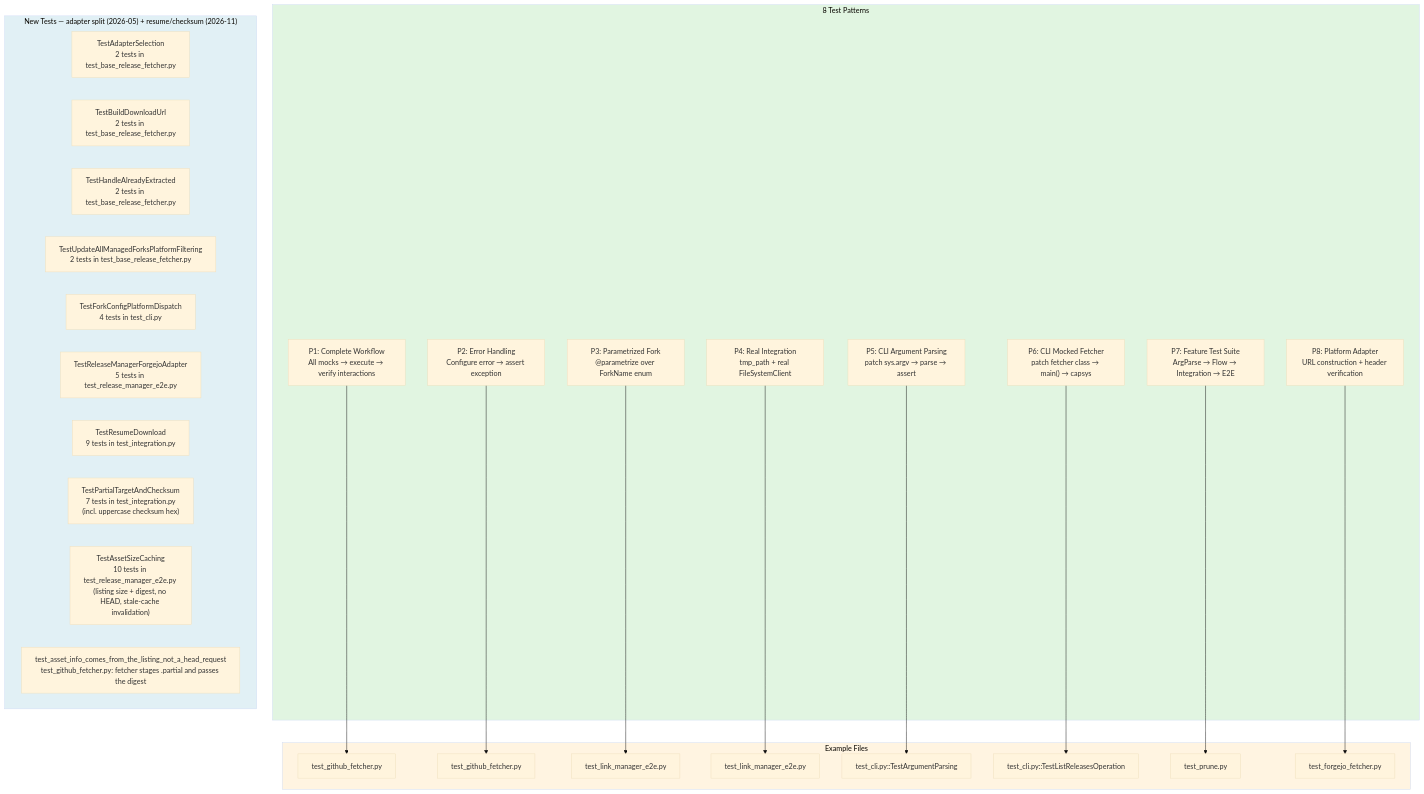
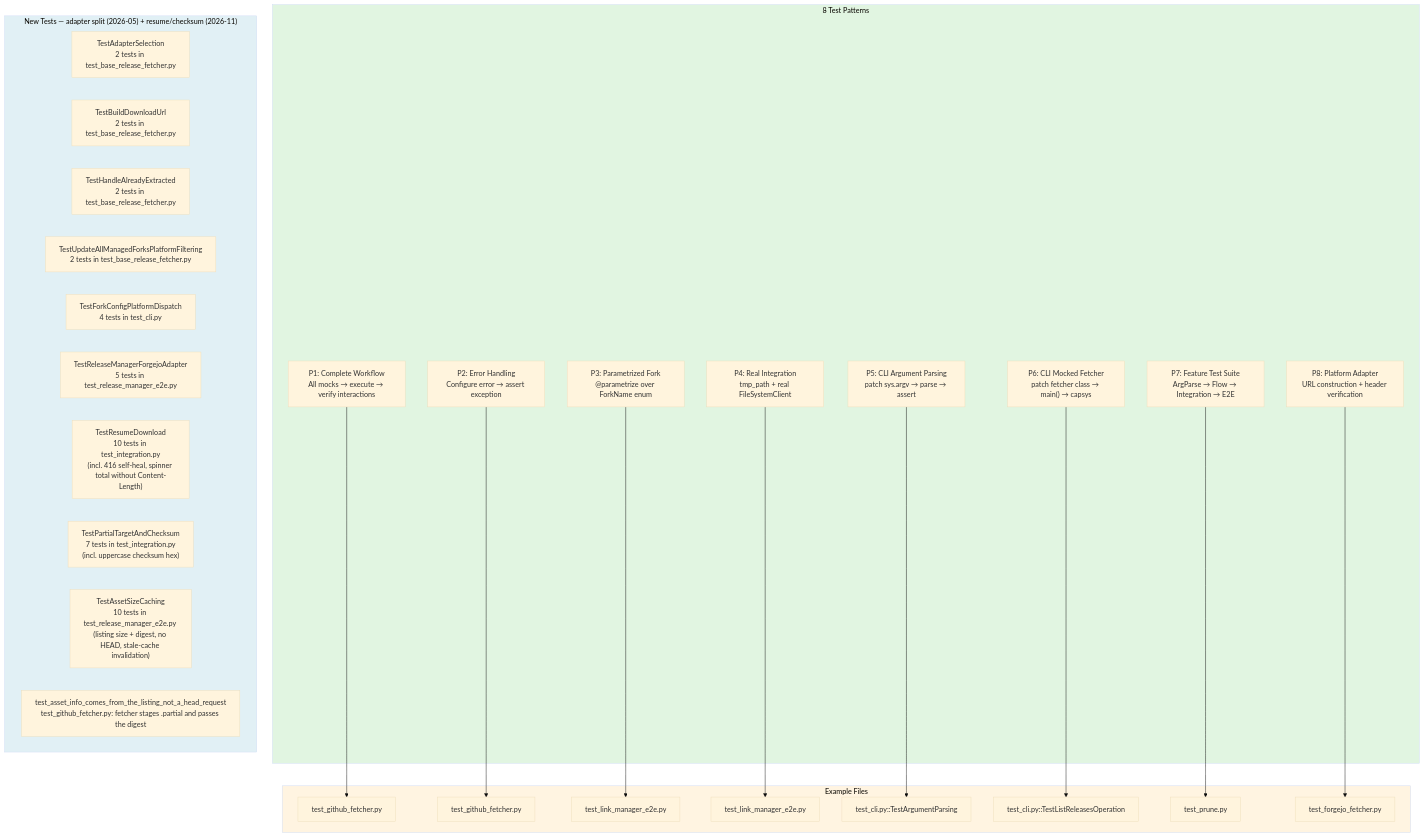
Before and after one commit to WombatFromHell/protonge-fetcher: the sixth of 16 diagrams in tests/TEST_DESIGN.md, drawn with Mermaid (base theme). The commit also changed other lines of this file and 6 other files, not shown here.

First line of the commit message:
Restart a download from byte 0 when the server rejects the resume Range

````diff
--- a/tests/TEST_DESIGN.md
+++ b/tests/TEST_DESIGN.md
@@ -293,50 +293,50 @@
 ```mermaid
 graph TB
     subgraph PATTERNS["8 Test Patterns"]
         P1["P1: Complete Workflow<br/>All mocks → execute → verify interactions"]
         P2["P2: Error Handling<br/>Configure error → assert exception"]
         P3["P3: Parametrized Fork<br/>@parametrize over ForkName enum"]
         P4["P4: Real Integration<br/>tmp_path + real FileSystemClient"]
         P5["P5: CLI Argument Parsing<br/>patch sys.argv → parse → assert"]
         P6["P6: CLI Mocked Fetcher<br/>patch fetcher class → main() → capsys"]
         P7["P7: Feature Test Suite<br/>ArgParse → Flow → Integration → E2E"]
         P8["P8: Platform Adapter<br/>URL construction + header verification"]
     end
 
     subgraph EXAMPLES["Example Files"]
         E1["test_github_fetcher.py"]
         E2["test_github_fetcher.py"]
         E3["test_link_manager_e2e.py"]
         E4["test_link_manager_e2e.py"]
         E5["test_cli.py::TestArgumentParsing"]
         E6["test_cli.py::TestListReleasesOperation"]
         E7["test_prune.py"]
         E8["test_forgejo_fetcher.py"]
     end
 
     subgraph NEW_TESTS["New Tests — adapter split (2026-05) + resume/checksum (2026-11)"]
         NT1["TestAdapterSelection<br/>2 tests in test_base_release_fetcher.py"]
         NT2["TestBuildDownloadUrl<br/>2 tests in test_base_release_fetcher.py"]
         NT3["TestHandleAlreadyExtracted<br/>2 tests in test_base_release_fetcher.py"]
         NT4["TestUpdateAllManagedForksPlatformFiltering<br/>2 tests in test_base_release_fetcher.py"]
         NT5["TestForkConfigPlatformDispatch<br/>4 tests in test_cli.py"]
         NT6["TestReleaseManagerForgejoAdapter<br/>5 tests in test_release_manager_e2e.py"]
-        NT7["TestResumeDownload<br/>9 tests in test_integration.py"]
+        NT7["TestResumeDownload<br/>10 tests in test_integration.py<br/>(incl. 416 self-heal, spinner total without Content-Length)"]
         NT8["TestPartialTargetAndChecksum<br/>7 tests in test_integration.py<br/>(incl. uppercase checksum hex)"]
         NT9["TestAssetSizeCaching<br/>10 tests in test_release_manager_e2e.py (listing size + digest, no HEAD, stale-cache invalidation)"]
         NT10["test_asset_info_comes_from_the_listing_not_a_head_request<br/>test_github_fetcher.py: fetcher stages .partial and passes the digest"]
     end
 
     P1 --> E1
     P2 --> E2
     P3 --> E3
     P4 --> E4
     P5 --> E5
     P6 --> E6
     P7 --> E7
     P8 --> E8
 
     style PATTERNS fill:#e1f5e1
     style EXAMPLES fill:#fff4e1
     style NEW_TESTS fill:#e1f0f5
 ```
````
